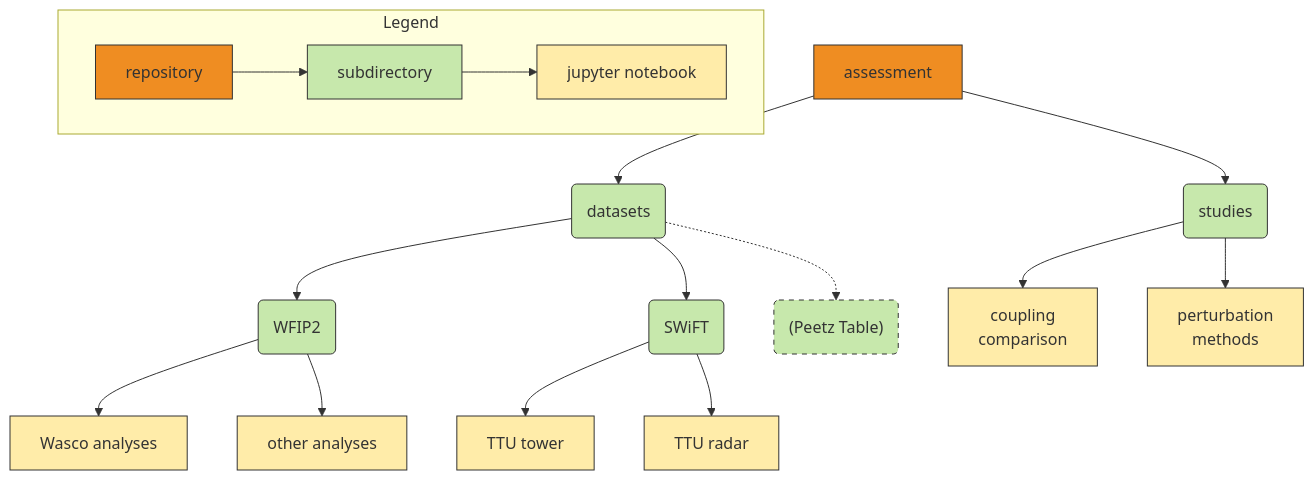
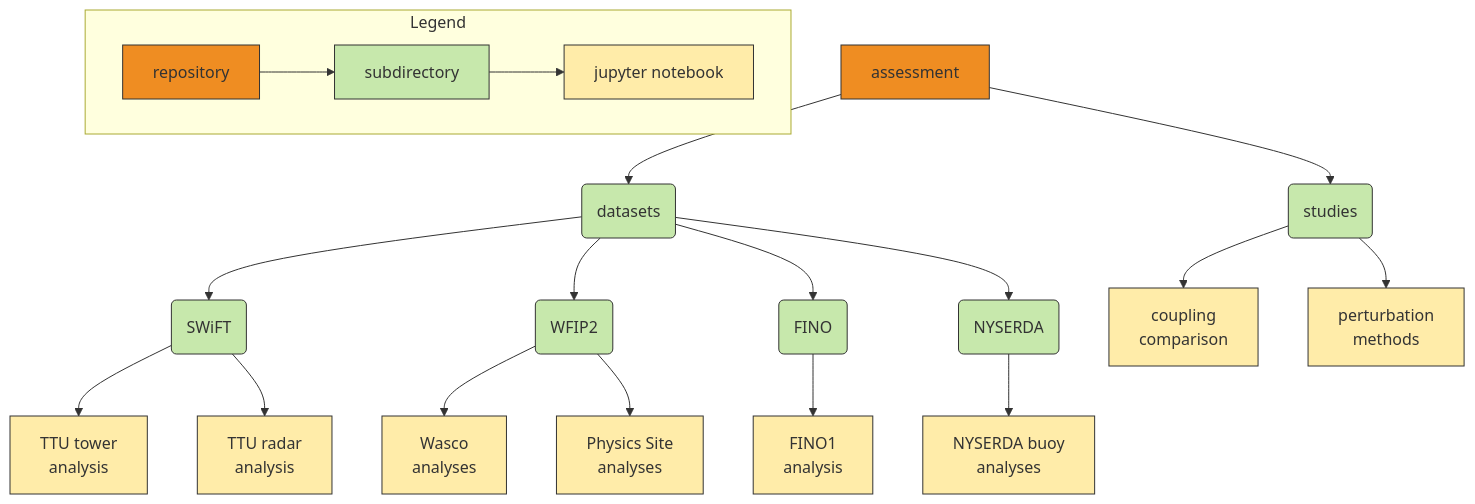
The diagram in assessment.mmd (a2e-mmc/assessment), drawn with Mermaid before and after one commit. The commit also changed 2 other files, not shown here.

Commit message:
Cleanup readme, get rid of flowchart

```diff
--- a/assessment.mmd
+++ b/assessment.mmd
@@ -1,42 +1,47 @@
 graph TD
 
 %% Define colors
 classDef repo_type fill:#ef8d22,stroke:#333,stroke-width:2px; %% orange
 classDef submodule_type fill:#c7e8ac,stroke:#333,stroke-width:2px; %% green
 classDef code_type fill:#c1e4f7,stroke:#333,stroke-width:2px; %% blue
 classDef nb_type fill:#ffeca9,stroke:#333,stroke-width:2px; %% yellow
 classDef inprogress stroke-dasharray: 5, 5
 
 %% Set edges to be curved (try monotoneX for a nice alternative)
 linkStyle default interpolate basis;
 
 %%org((a2e-mmc organization))
 %%org --> assessment
 assessment
 class assessment repo_type
 
 assessment --> datasets(datasets)
 assessment --> studies(studies)
+datasets --> swift(SWiFT)
 datasets --> wfip2(WFIP2)
-datasets --> swift(SWiFT)
-datasets -.-> otherdata("(Peetz Table)")
-wfip2 --> Wasco[Wasco analyses]
-wfip2 --> otheranalyses[other analyses]
-swift --> TTUtower[TTU tower]
-swift --> TTUradar[TTU radar]
+datasets --> fino(FINO)
+datasets --> nyserda(NYSERDA)
+swift --> TTUtower[TTU tower<br>analysis]
+swift --> TTUradar[TTU radar<br>analysis]
+wfip2 --> Wasco[Wasco<br>analyses]
+wfip2 --> physsite[Physics Site<br>analyses]
+fino --> FINO1[FINO1<br>analysis]
+nyserda --> nysbuoy[NYSERDA buoy<br>analyses]
 studies --> couplingcomparison["coupling<br>comparison"]
 studies --> perturbations["perturbation<br>methods"]
 class datasets,studies submodule_type
-class wfip2,swift,otherdata submodule_type
+class wfip2,swift,fino,nyserda,otherdata submodule_type
 class otherdata inprogress
 class TTUtower,TTUradar nb_type
-class Wasco,otheranalyses nb_type
+class Wasco,physsite nb_type
+class FINO1 nb_type
+class nysbuoy nb_type
 class couplingcomparison,perturbations nb_type
 
 subgraph Legend
     repository --> subdirectory
     subdirectory --> notebooks[jupyter notebook]
     class repository repo_type
     class subdirectory submodule_type
     class notebooks nb_type
 end
```
